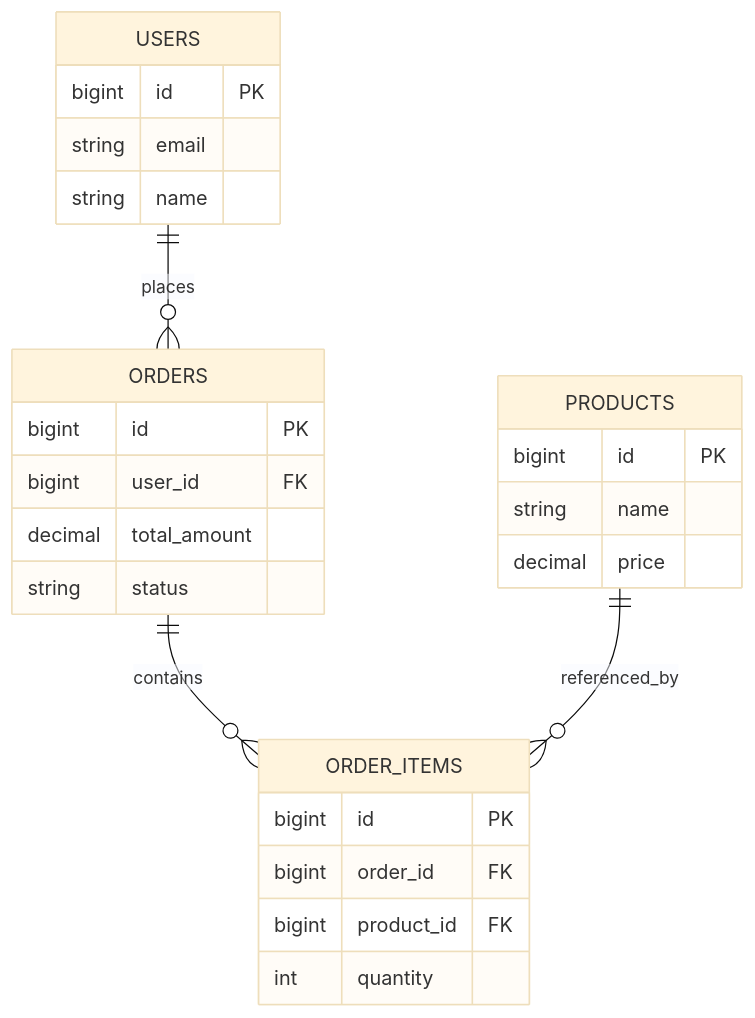
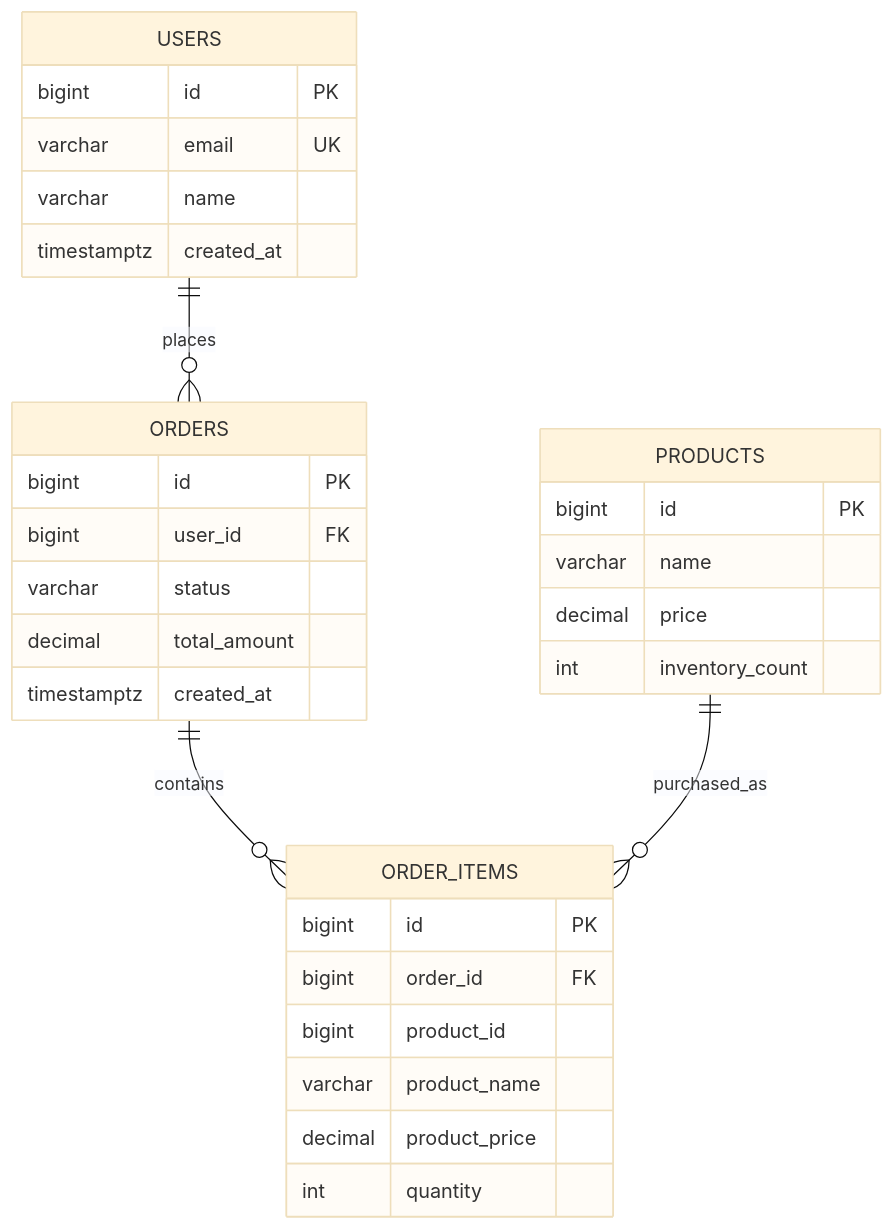
One commit to mthaiseer/springcloud-systemdesign-notes changed the third of 19 diagrams in HLD_NOTES/003_TECHNOLOGY_DEEP_DIVE/rdbms/database_v2.md. Above: the diagram before and after it, drawn with Mermaid (base theme). The commit also changed other lines of this file, not shown here.

````diff
--- a/HLD_NOTES/003_TECHNOLOGY_DEEP_DIVE/rdbms/database_v2.md
+++ b/HLD_NOTES/003_TECHNOLOGY_DEEP_DIVE/rdbms/database_v2.md
@@ -102,32 +154,37 @@
 ```mermaid
 erDiagram
     USERS ||--o{ ORDERS : places
     ORDERS ||--o{ ORDER_ITEMS : contains
-    PRODUCTS ||--o{ ORDER_ITEMS : referenced_by
+    PRODUCTS ||--o{ ORDER_ITEMS : purchased_as
 
     USERS {
         bigint id PK
-        string email
-        string name
+        varchar email UK
+        varchar name
+        timestamptz created_at
+    }
+
+    PRODUCTS {
+        bigint id PK
+        varchar name
+        decimal price
+        int inventory_count
     }
 
     ORDERS {
         bigint id PK
         bigint user_id FK
+        varchar status
         decimal total_amount
-        string status
-    }
-
-    PRODUCTS {
-        bigint id PK
-        string name
-        decimal price
+        timestamptz created_at
     }
 
     ORDER_ITEMS {
         bigint id PK
         bigint order_id FK
-        bigint product_id FK
+        bigint product_id
+        varchar product_name
+        decimal product_price
         int quantity
     }
 ```
````
